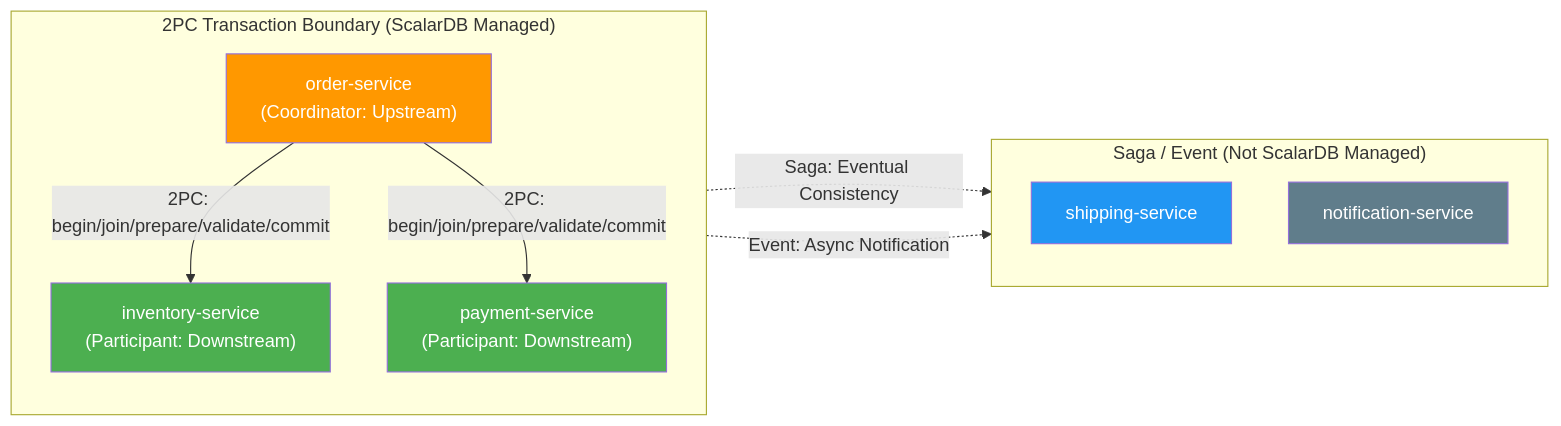
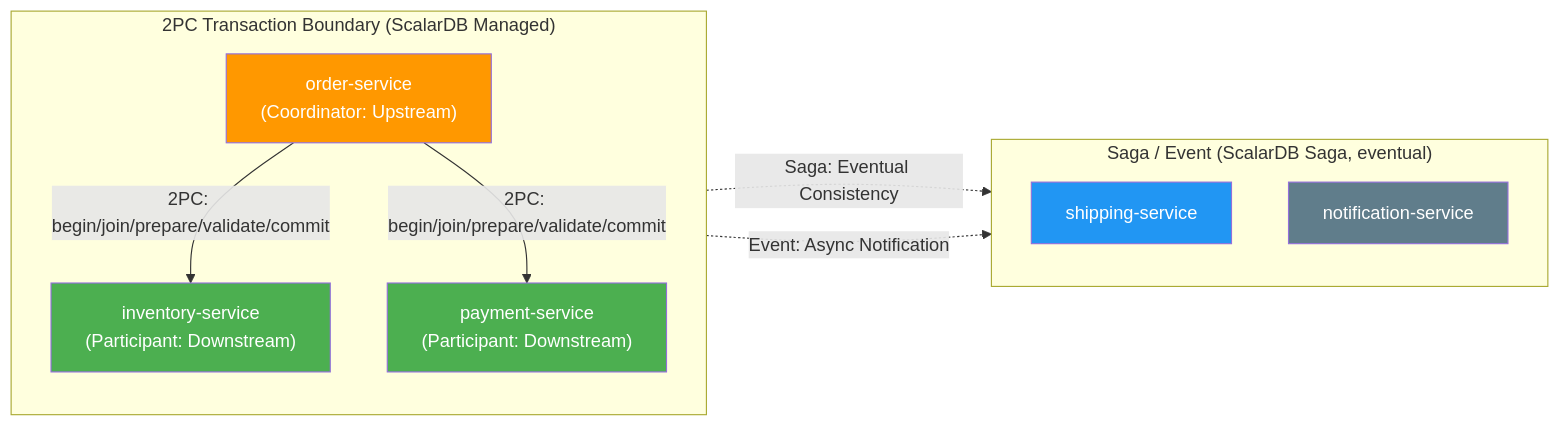
The second of 2 diagrams in workflow/greenfield/02_domain_modeling.md (wfukatsu/nexus-architect), drawn with Mermaid before and after one commit. The commit also changed 42 other files, not shown here.

First line of the commit message:
feat(scalardb): reflect ScalarDB 3.20, Saga 3.20 GA, Native JDBC and the PostgreSQL wire protocol

````diff
--- a/workflow/greenfield/02_domain_modeling.md
+++ b/workflow/greenfield/02_domain_modeling.md
@@ -182,26 +182,26 @@
 ```mermaid
 flowchart LR
     subgraph "2PC Transaction Boundary (ScalarDB Managed)"
         direction TB
         A["order-service<br/>(Coordinator: Upstream)"]
         B["inventory-service<br/>(Participant: Downstream)"]
         C["payment-service<br/>(Participant: Downstream)"]
     end
 
-    subgraph "Saga / Event (Not ScalarDB Managed)"
+    subgraph "Saga / Event (ScalarDB Saga, eventual)"
         direction TB
         D["shipping-service"]
         E["notification-service"]
     end
 
     A -->|"2PC: begin/join/prepare/validate/commit"| B
     A -->|"2PC: begin/join/prepare/validate/commit"| C
     A -.->|"Saga: Eventual Consistency"| D
     A -.->|"Event: Async Notification"| E
 
     style A fill:#FF9800,color:#fff
     style B fill:#4CAF50,color:#fff
     style C fill:#4CAF50,color:#fff
     style D fill:#2196F3,color:#fff
     style E fill:#607D8B,color:#fff
 ```
````
